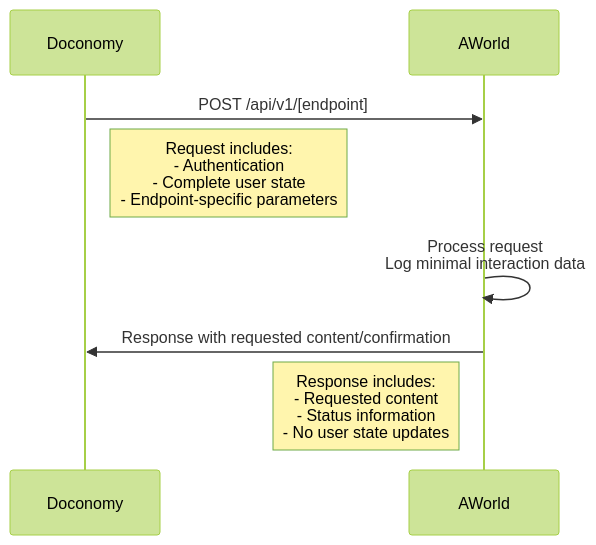
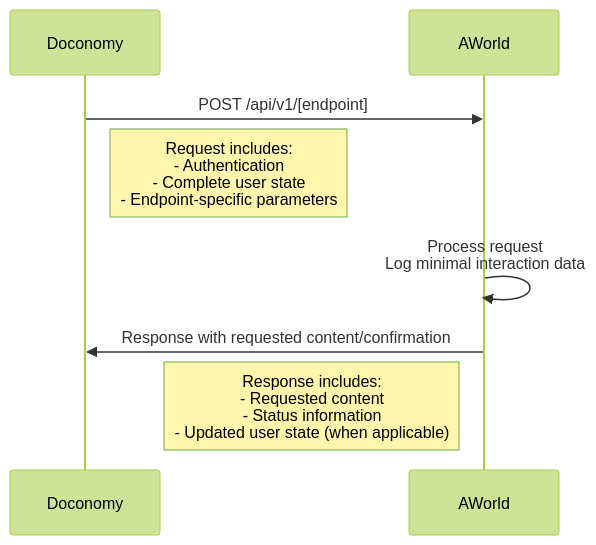
One commit to AWorldOrg/aworld-doconomy-integration-api changed the second of 6 diagrams in doconomy-aworld-integration-architecture.md. Above: the diagram before and after it, drawn with Mermaid (forest theme). The commit also changed other lines of this file, not shown here.

Commit message:
Update Doconomy-AWorld integration architecture: Highlight anonymized data storage, fix flow diagrams, and add Plan B for large content libraries

````diff
--- a/doconomy-aworld-integration-architecture.md
+++ b/doconomy-aworld-integration-architecture.md
@@ -63,13 +63,13 @@
 ```mermaid
 sequenceDiagram
     participant D as Doconomy
     participant A as AWorld
     
     D->>A: POST /api/v1/[endpoint]
     Note right of D: Request includes:<br/>- Authentication<br/>- Complete user state<br/>- Endpoint-specific parameters
     
     A->>A: Process request<br/>Log minimal interaction data
     
     A->>D: Response with requested content/confirmation
-    Note left of A: Response includes:<br/>- Requested content<br/>- Status information<br/>- No user state updates
+    Note left of A: Response includes:<br/>- Requested content<br/>- Status information<br/>- Updated user state (when applicable)
 ```
````
